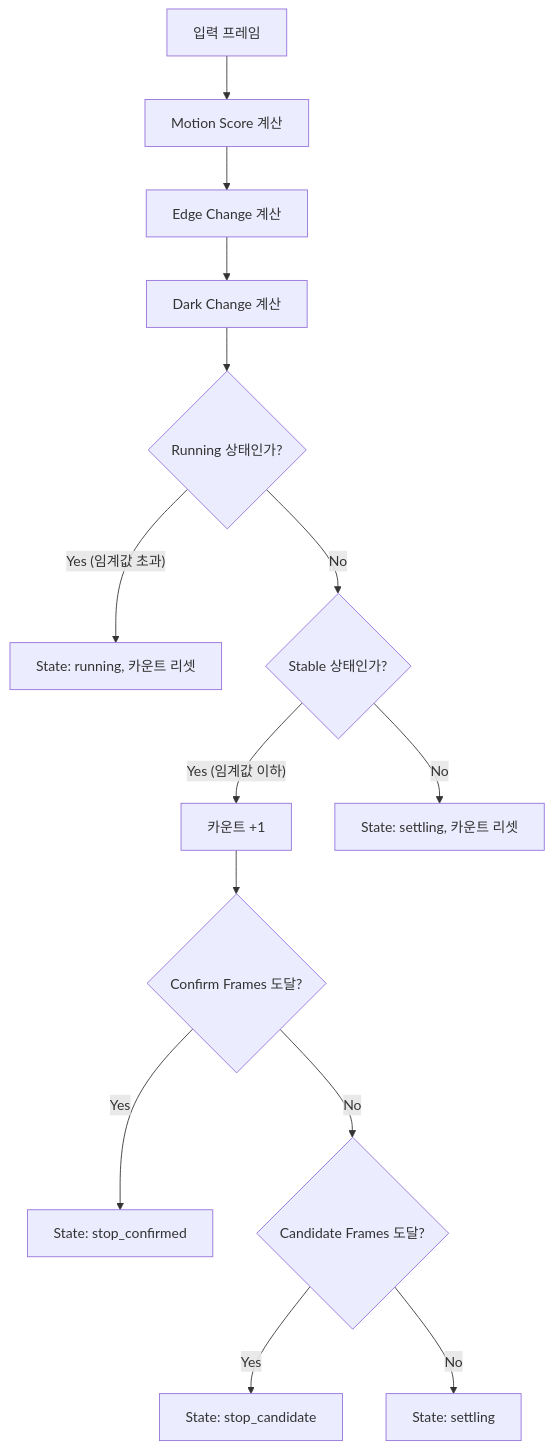
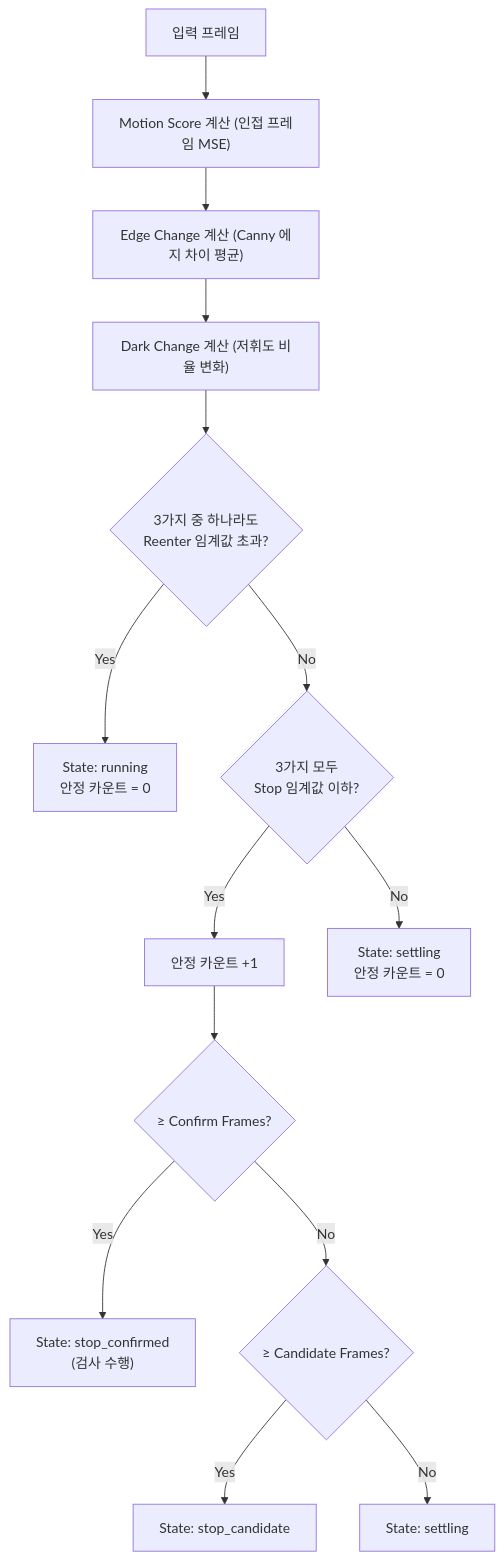
One commit to IshNar/ObsidianGitTest changed the first of 3 diagrams in ForeignBody Insp/Review/Main_Window_UI_Description.md. Above: the diagram before and after it, drawn with Mermaid. The commit also changed other lines of this file and 5 other files, not shown here.

````diff
--- a/ForeignBody Insp/Review/Main_Window_UI_Description.md
+++ b/ForeignBody Insp/Review/Main_Window_UI_Description.md
@@ -171,16 +191,16 @@
 ```mermaid
 graph TD
-    A["입력 프레임"] --> B["Motion Score 계산"]
-    B --> C["Edge Change 계산"]
-    C --> D["Dark Change 계산"]
-    D --> E{"Running 상태인가?"}
-    E -- "Yes (임계값 초과)" --> F["State: running, 카운트 리셋"]
-    E -- No --> G{"Stable 상태인가?"}
-    G -- "Yes (임계값 이하)" --> H["카운트 +1"]
-    H --> I{"Confirm Frames 도달?"}
-    I -- Yes --> J["State: stop_confirmed"]
-    I -- No --> K{"Candidate Frames 도달?"}
+    A["입력 프레임"] --> B["Motion Score 계산 (인접 프레임 MSE)"]
+    B --> C["Edge Change 계산 (Canny 에지 차이 평균)"]
+    C --> D["Dark Change 계산 (저휘도 비율 변화)"]
+    D --> E{"3가지 중 하나라도<br/>Reenter 임계값 초과?"}
+    E -- "Yes" --> F["State: running<br/>안정 카운트 = 0"]
+    E -- No --> G{"3가지 모두<br/>Stop 임계값 이하?"}
+    G -- "Yes" --> H["안정 카운트 +1"]
+    H --> I{"≥ Confirm Frames?"}
+    I -- Yes --> J["State: stop_confirmed<br/>(검사 수행)"]
+    I -- No --> K{"≥ Candidate Frames?"}
     K -- Yes --> L["State: stop_candidate"]
     K -- No --> M["State: settling"]
-    G -- No --> N["State: settling, 카운트 리셋"]
+    G -- No --> N["State: settling<br/>안정 카운트 = 0"]
 ```
````
